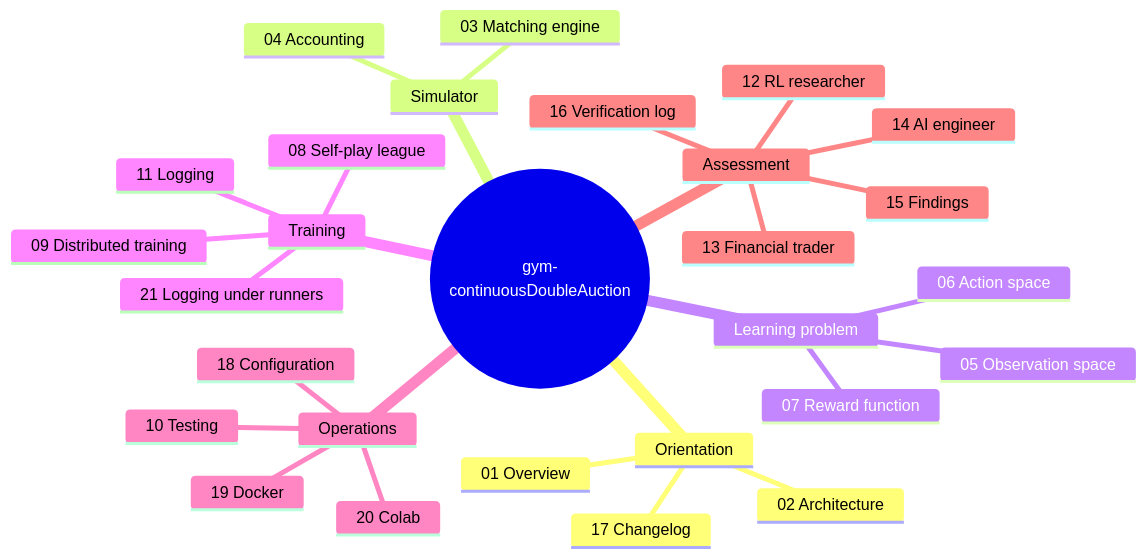
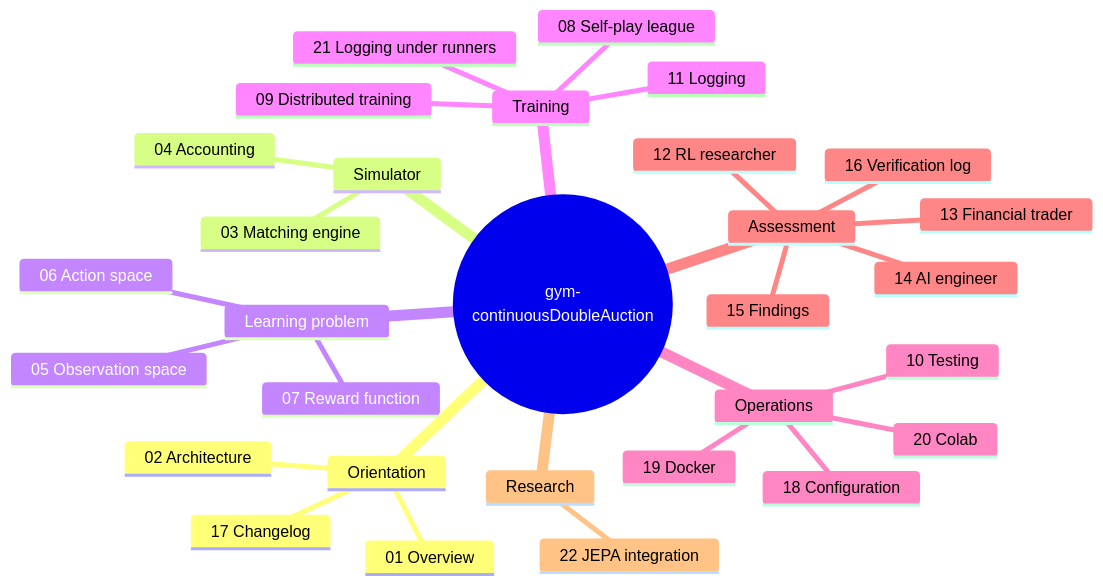
One commit to ChuaCheowHuan/gym-continuousDoubleAuction changed the second of 2 diagrams in README.md. Above: the diagram before and after it, drawn with Mermaid. The commit also changed other lines of this file and 1 other file, not shown here.

First line of the commit message:
Add a research note on using JEPA in this codebase

````diff
--- a/README.md
+++ b/README.md
@@ -55,31 +55,33 @@
 ```mermaid
 mindmap
   root(("gym-continuousDoubleAuction"))
     Orientation
       01 Overview
       02 Architecture
       17 Changelog
     Simulator
       03 Matching engine
       04 Accounting
     Learning problem
       05 Observation space
       06 Action space
       07 Reward function
     Training
       08 Self-play league
       09 Distributed training
       11 Logging
       21 Logging under runners
     Operations
       18 Configuration
       19 Docker
       20 Colab
       10 Testing
     Assessment
       12 RL researcher
       13 Financial trader
       14 AI engineer
       15 Findings
       16 Verification log
+    Research
+      22 JEPA integration
 ```
````
